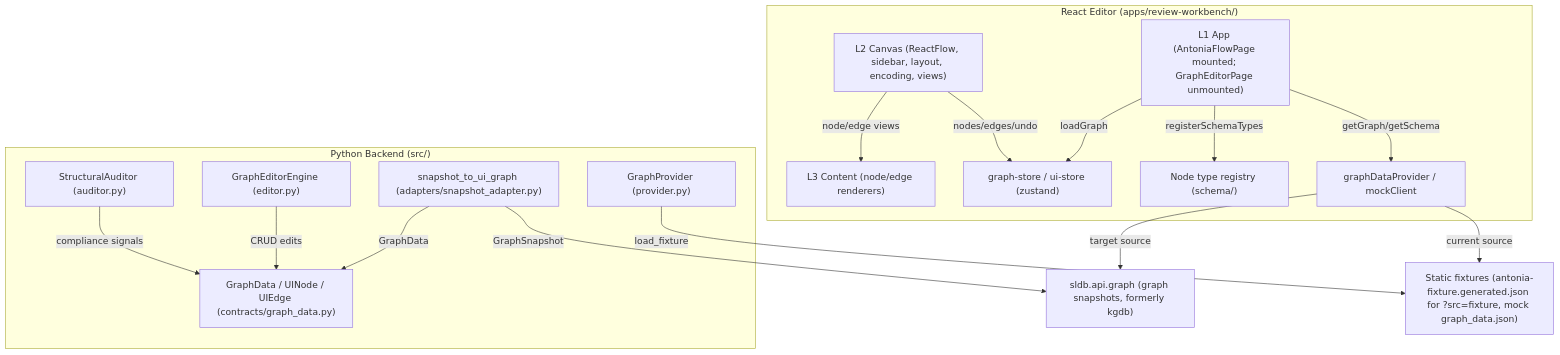
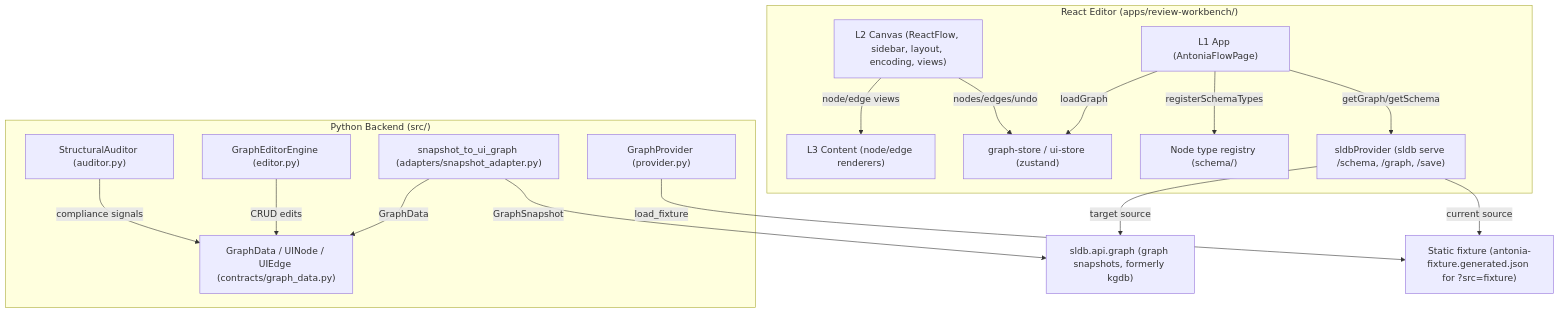
The diagram in docs/diagrams/component.graph-ui.mmd (jpcosec/graph_ui), drawn with Mermaid before and after one commit. The commit also changed 10 other files, not shown here.

```diff
--- a/docs/diagrams/component.graph-ui.mmd
+++ b/docs/diagrams/component.graph-ui.mmd
@@ -1,31 +1,31 @@
 %% spec2viz: generated from docs/specs/component.graph-ui.yml; do not edit, run `spec2viz diagram validate docs/specs/component.graph-ui.yml` and re-render
 graph TD
     subgraph PyBackend ["Python Backend (src/)"]
         Contracts["GraphData / UINode / UIEdge (contracts/graph_data.py)"]
         EditorEngine["GraphEditorEngine (editor.py)"]
         Auditor["StructuralAuditor (auditor.py)"]
         Provider["GraphProvider (provider.py)"]
         SnapshotAdapter["snapshot_to_ui_graph (adapters/snapshot_adapter.py)"]
     end
     subgraph Frontend ["React Editor (apps/review-workbench/)"]
-        L1App["L1 App (AntoniaFlowPage mounted; GraphEditorPage unmounted)"]
+        L1App["L1 App (AntoniaFlowPage)"]
         L2Canvas["L2 Canvas (ReactFlow, sidebar, layout, encoding, views)"]
         L3Content["L3 Content (node/edge renderers)"]
         Stores["graph-store / ui-store (zustand)"]
         SchemaRegistry["Node type registry (schema/)"]
-        DataProvider["graphDataProvider / mockClient"]
+        DataProvider["sldbProvider (sldb serve /schema, /graph, /save)"]
     end
     SldbGraph["sldb.api.graph (graph snapshots, formerly kgdb)"]
-    StaticFixtures["Static fixtures (antonia-fixture.generated.json for ?src=fixture, mock graph_data.json)"]
+    StaticFixtures["Static fixture (antonia-fixture.generated.json for ?src=fixture)"]
     L1App -->|"getGraph/getSchema"| DataProvider
     DataProvider -->|"current source"| StaticFixtures
     DataProvider -->|"target source"| SldbGraph
     SnapshotAdapter -->|"GraphSnapshot"| SldbGraph
     SnapshotAdapter -->|"GraphData"| Contracts
     L1App -->|"loadGraph"| Stores
     L2Canvas -->|"nodes/edges/undo"| Stores
     L2Canvas -->|"node/edge views"| L3Content
     L1App -->|"registerSchemaTypes"| SchemaRegistry
     EditorEngine -->|"CRUD edits"| Contracts
     Auditor -->|"compliance signals"| Contracts
     Provider -->|"load_fixture"| StaticFixtures
```
